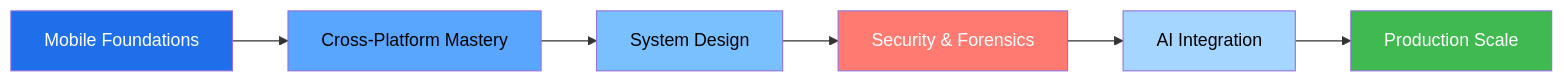
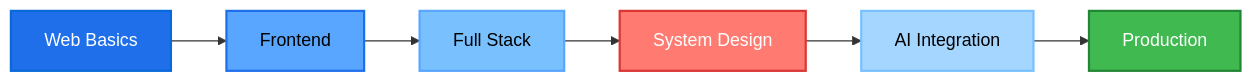
Before and after one commit to ydv129/YDV129: the diagram in README.md, drawn with Mermaid. The commit also changed other lines of this file, not shown here.

````diff
--- a/README.md
+++ b/README.md
@@ -389,14 +137,16 @@
 ```mermaid
 graph LR
-    A[Mobile Foundations] --> B[Cross-Platform Mastery]
-    B --> C[System Design]
-    C --> D[Security & Forensics]
-    D --> E[AI Integration]
-    E --> F[Production Scale]
-    style A fill:#1F6FEB,color:#fff
-    style B fill:#58A6FF,color:#000
-    style C fill:#79C0FF,color:#000
-    style D fill:#FF7B72,color:#fff
-    style E fill:#A5D6FF,color:#000
-    style F fill:#3FB950,color:#fff
+    A[Web Basics] --> B[Frontend] --> C[Full Stack] --> D[System Design] --> E[AI Integration] --> F[Production]
+    classDef step1 fill:#1F6FEB,color:#fff,stroke:#0969DA,stroke-width:2px
+    classDef step2 fill:#58A6FF,color:#000,stroke:#1F6FEB,stroke-width:2px
+    classDef step3 fill:#79C0FF,color:#000,stroke:#58A6FF,stroke-width:2px
+    classDef step4 fill:#FF7B72,color:#fff,stroke:#DA3633,stroke-width:2px
+    classDef step5 fill:#A5D6FF,color:#000,stroke:#79C0FF,stroke-width:2px
+    classDef step6 fill:#3FB950,color:#fff,stroke:#238636,stroke-width:2px
+    class A step1
+    class B step2
+    class C step3
+    class D step4
+    class E step5
+    class F step6
 ```
````
